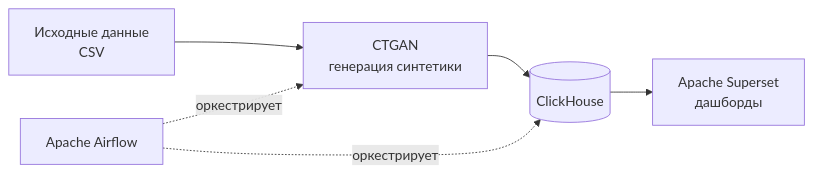
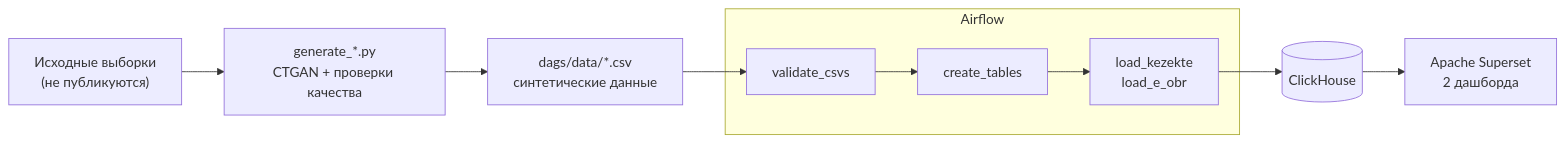
The diagram in README.md (DanikDaraboz/Qezekte), drawn with Mermaid before and after one commit. The commit also changed other lines of this file and 19 other files, not shown here.

Commit message:
feat: improve synthetic data generation and add Superset dashboard exports

````diff
--- a/README.md
+++ b/README.md
@@ -31,8 +60,11 @@
 ```mermaid
 flowchart LR
-    A[Исходные данные<br/>CSV] --> B[CTGAN<br/>генерация синтетики]
-    B --> C[(ClickHouse)]
-    C --> D[Apache Superset<br/>дашборды]
-    E[Apache Airflow] -.оркестрирует.-> B
-    E -.оркестрирует.-> C
+    A["Исходные выборки<br/>(не публикуются)"] --> B["generate_*.py<br/>CTGAN + проверки качества"]
+    B --> C["dags/data/*.csv<br/>синтетические данные"]
+    subgraph Airflow
+        D["validate_csvs"] --> E["create_tables"] --> F["load_kezekte<br/>load_e_obr"]
+    end
+    C --> D
+    F --> G[("ClickHouse")]
+    G --> H["Apache Superset<br/>2 дашборда"]
 ```
````
